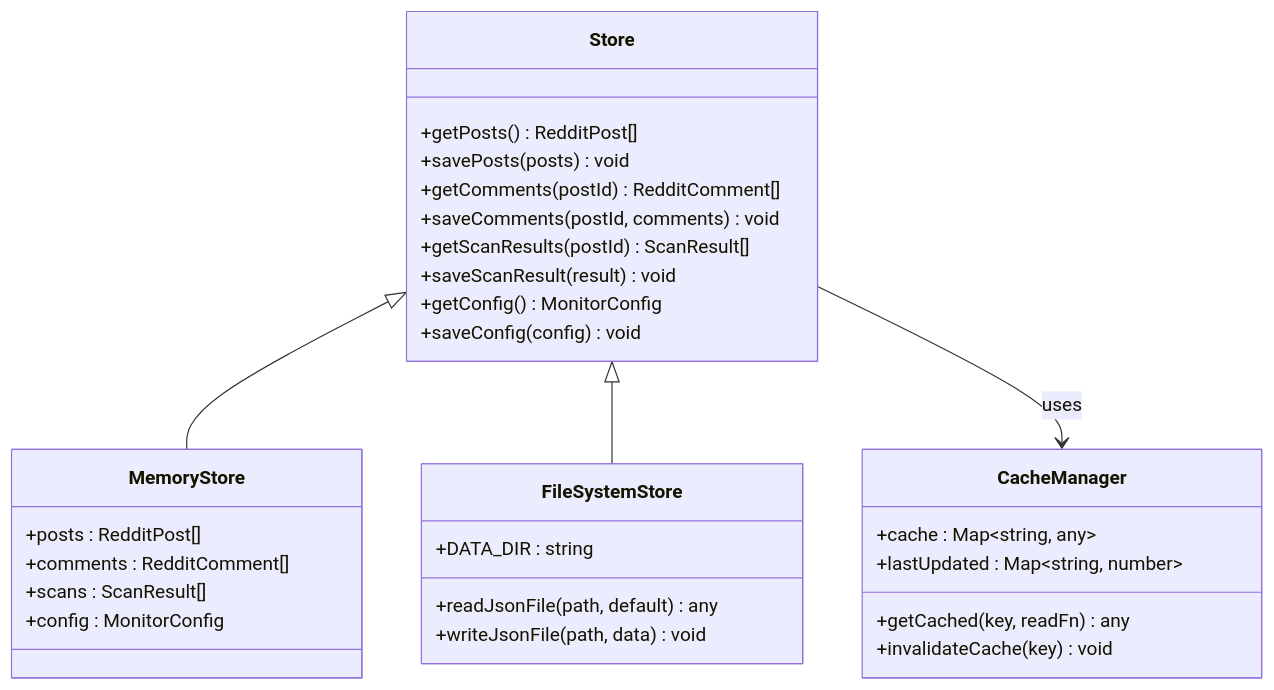
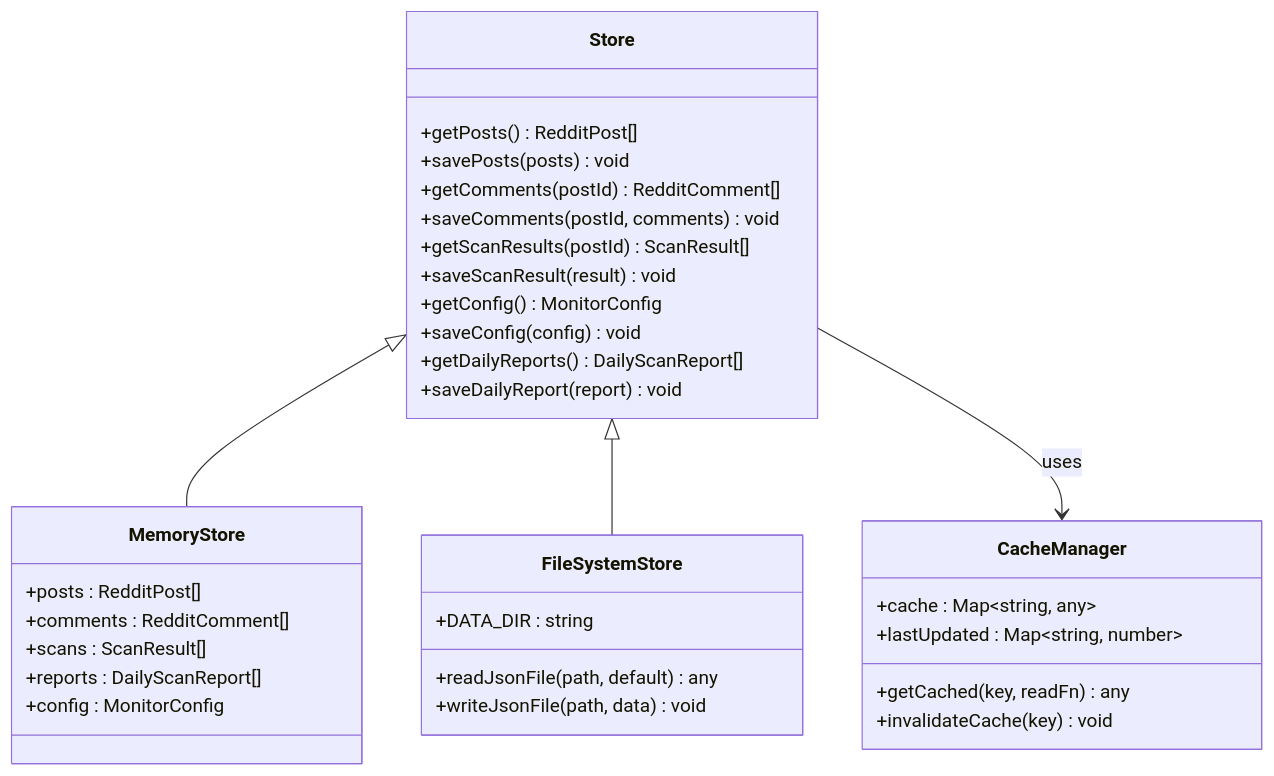
One commit to zezzezzez/reddit changed the tenth of 12 diagrams in .qoder/repowiki/zh/content/API 接口文档/扫描控制 API.md. Above: the diagram before and after it, drawn with Mermaid. The commit also changed other lines of this file and 21 other files, not shown here.

````diff
--- a/.qoder/repowiki/zh/content/API 接口文档/扫描控制 API.md
+++ b/.qoder/repowiki/zh/content/API 接口文档/扫描控制 API.md
@@ -374,33 +474,36 @@
 ```mermaid
 classDiagram
 class Store {
 +getPosts() RedditPost[]
 +savePosts(posts) void
 +getComments(postId) RedditComment[]
 +saveComments(postId, comments) void
 +getScanResults(postId) ScanResult[]
 +saveScanResult(result) void
 +getConfig() MonitorConfig
 +saveConfig(config) void
++getDailyReports() DailyScanReport[]
++saveDailyReport(report) void
 }
 class MemoryStore {
 +posts : RedditPost[]
 +comments : RedditComment[]
 +scans : ScanResult[]
++reports : DailyScanReport[]
 +config : MonitorConfig
 }
 class FileSystemStore {
 +DATA_DIR : string
 +readJsonFile(path, default) any
 +writeJsonFile(path, data) void
 }
 class CacheManager {
 +cache : Map~string, any~
 +lastUpdated : Map~string, number~
 +getCached(key, readFn) any
 +invalidateCache(key) void
 }
 Store <|-- MemoryStore
 Store <|-- FileSystemStore
 Store --> CacheManager : uses
 ```
````
